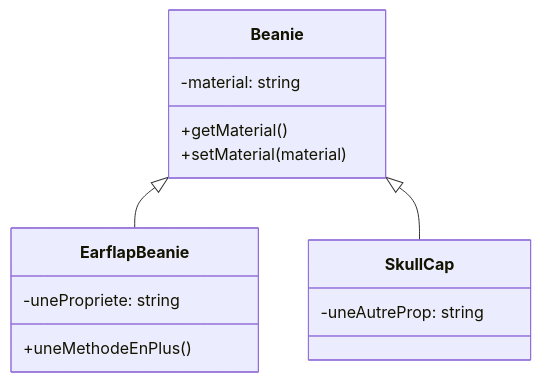
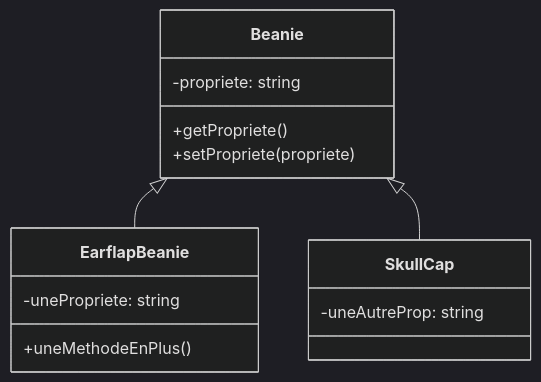
Before and after one commit to DrakoFormation/cours: the diagram in php/21-heritage.md, drawn with Mermaid. The commit also changed 5 other files, not shown here.

Commit message:
PHP - Fix Mermaid js

````diff
--- a/php/21-heritage.md
+++ b/php/21-heritage.md
@@ -13,19 +13,21 @@
 ```mermaid
+%%{init: {'theme':'dark'}}%%
 classDiagram
   class Beanie {
-    -material: string 
-    +getMaterial()
-    +setMaterial(material)
+    -propriete: string 
+    +getPropriete()
+    +setPropriete(propriete)
   }
   
   class EarflapBeanie {
     -unePropriete: string
     +uneMethodeEnPlus()
   }
   Beanie <|-- EarflapBeanie
   
   class SkullCap {
     -uneAutreProp: string
   }
   Beanie <|-- SkullCap
+end
 ```
````
